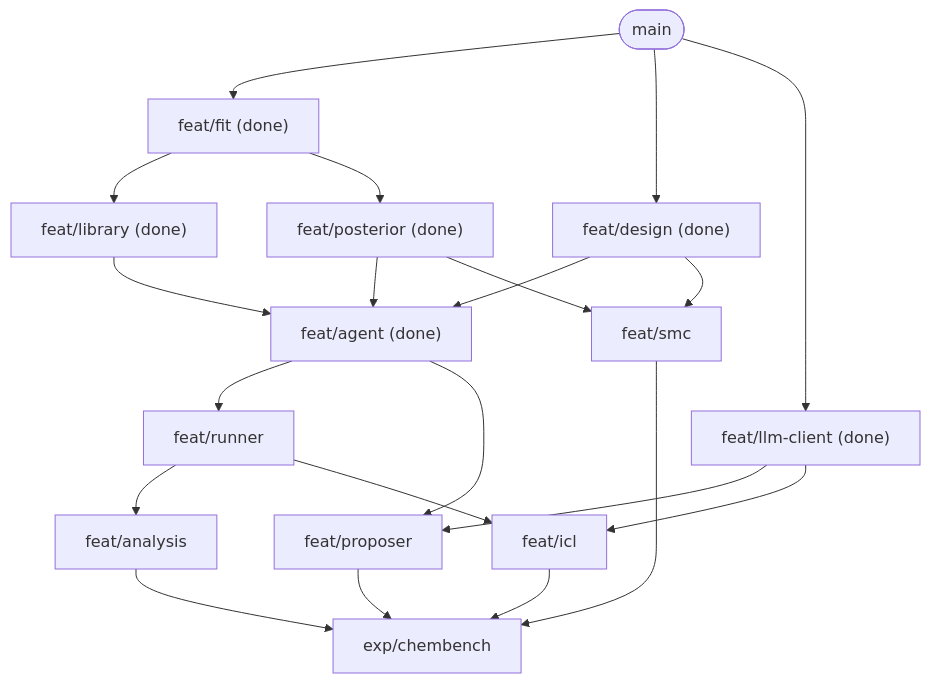
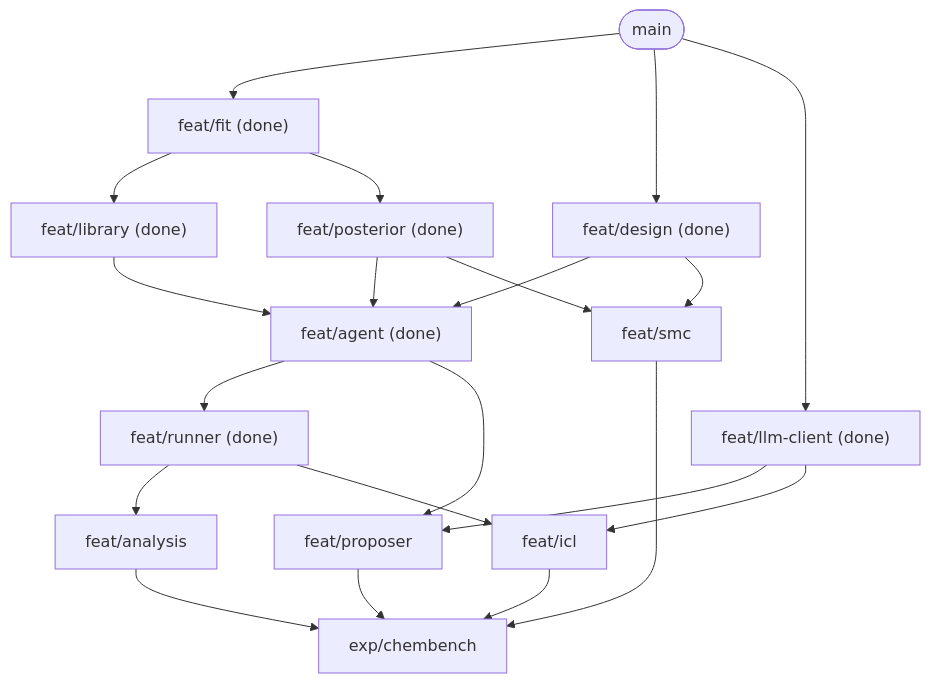
One commit to yuta0no/mda-impl changed the second of 2 diagrams in docs/blueprint.md. Above: the diagram before and after it, drawn with Mermaid. The commit also changed other lines of this file and 6 other files, not shown here.

````diff
--- a/docs/blueprint.md
+++ b/docs/blueprint.md
@@ -78,23 +83,23 @@
 ```mermaid
 flowchart TD
     main(["main"]) --> fit["feat/fit (done)"]
     fit --> library["feat/library (done)"]
     fit --> posterior["feat/posterior (done)"]
     main --> design["feat/design (done)"]
     main --> llmc["feat/llm-client (done)"]
     library --> agent["feat/agent (done)"]
     posterior --> agent
     design --> agent
-    agent --> runner["feat/runner"]
+    agent --> runner["feat/runner (done)"]
     agent --> proposer["feat/proposer"]
     llmc --> proposer
     runner --> analysis["feat/analysis"]
     runner --> icl["feat/icl"]
     llmc --> icl
     posterior --> smc["feat/smc"]
     design --> smc
     proposer --> exp["exp/chembench"]
     analysis --> exp
     icl --> exp
     smc --> exp
 ```
````
